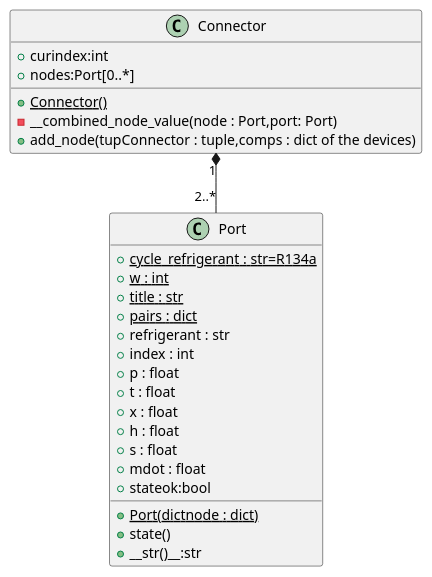
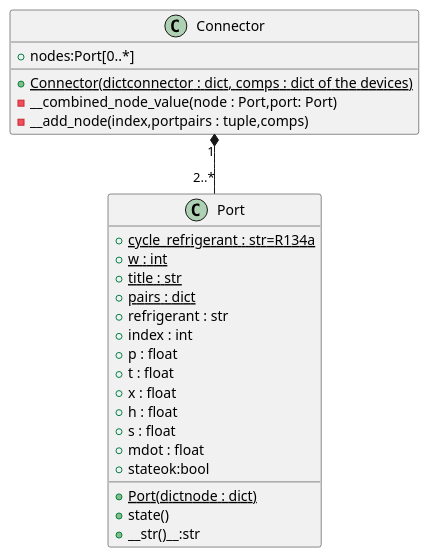
One commit to thermalogic/SimVCCE changed the diagram in doc/uml/puml/port-connector.puml. Above: the diagram before and after it, drawn with PlantUML. The commit also changed 7 other files, not shown here.

```diff
--- a/doc/uml/puml/port-connector.puml
+++ b/doc/uml/puml/port-connector.puml
@@ -1,28 +1,27 @@
 @startuml
 class Port {
  + {static} cycle_refrigerant : str=R134a
  + {static} w : int
  + {static} title : str
  + {static} pairs : dict
  + refrigerant : str
  + index : int
  + p : float
  + t : float
  + x : float
  + h : float
  + s : float
  + mdot : float
  + stateok:bool
  + {static} Port(dictnode : dict)
  + state()
  + __str()__:str
 }
 class Connector {
-  + curindex:int
   + nodes:Port[0..*]
-  + {static} Connector()
+  + {static} Connector(dictconnector : dict, comps : dict of the devices)
   - __combined_node_value(node : Port,port: Port)
-  + add_node(tupConnector : tuple,comps : dict of the devices)
+  - __add_node(index,portpairs : tuple,comps)
 }
 Connector"1" *-- "2..*" Port
 @enduml
```
